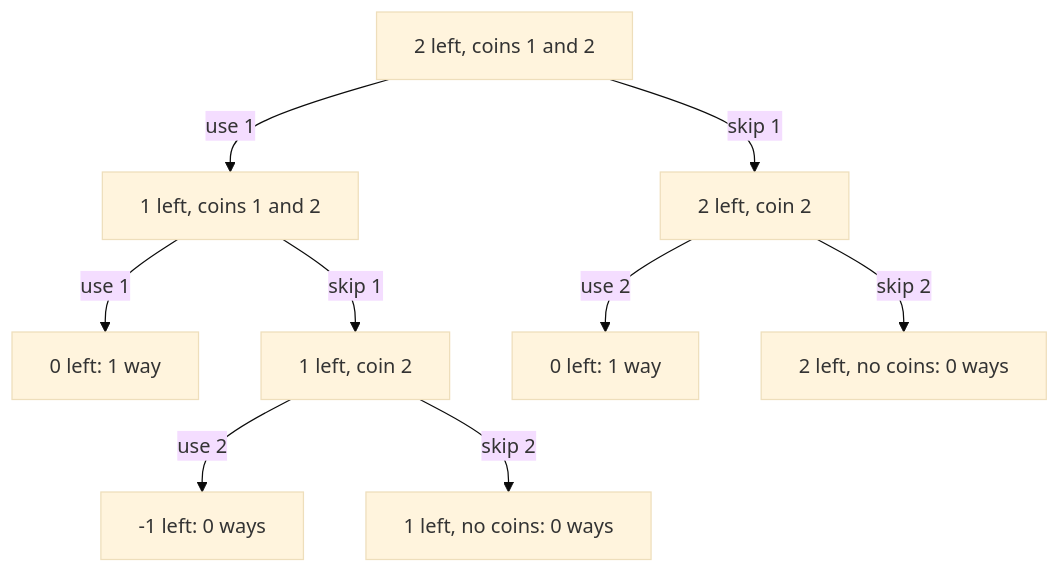
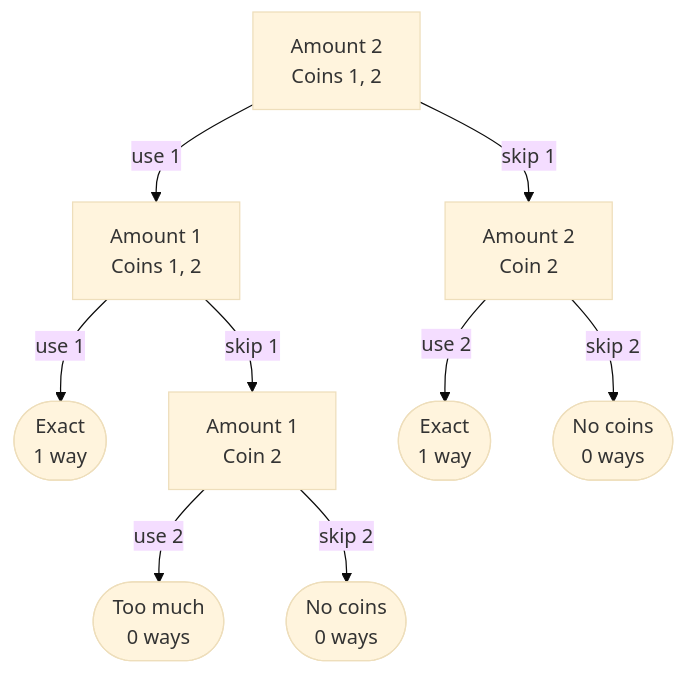
The diagram in recursions/coin_sum/coin_sum_hint.md (mAbduqayum/python-workbook), drawn with Mermaid (base theme) before and after one commit. The commit also changed other lines of this file and 2 other files, not shown here.

Commit message:
new: add flow hints to some questions
Source-commit: 1319a1403114ae5f5bee04ef4f727e00d0cea4d3

````diff
--- a/recursions/coin_sum/coin_sum_hint.md
+++ b/recursions/coin_sum/coin_sum_hint.md
@@ -12,11 +13,11 @@
 ```mermaid
 flowchart TD
-    A["2 left, coins 1 and 2"] -->|use 1| B["1 left, coins 1 and 2"]
-    A -->|skip 1| C["2 left, coin 2"]
-    B -->|use 1| D["0 left: 1 way"]
-    B -->|skip 1| E["1 left, coin 2"]
-    E -->|use 2| F["-1 left: 0 ways"]
-    E -->|skip 2| G["1 left, no coins: 0 ways"]
-    C -->|use 2| H["0 left: 1 way"]
-    C -->|skip 2| I["2 left, no coins: 0 ways"]
+    A["Amount 2<br/>Coins 1, 2"] -->|use 1| B["Amount 1<br/>Coins 1, 2"]
+    A -->|skip 1| C["Amount 2<br/>Coin 2"]
+    B -->|use 1| D(["Exact<br/>1 way"])
+    B -->|skip 1| E["Amount 1<br/>Coin 2"]
+    C -->|use 2| F(["Exact<br/>1 way"])
+    C -->|skip 2| G(["No coins<br/>0 ways"])
+    E -->|use 2| H(["Too much<br/>0 ways"])
+    E -->|skip 2| I(["No coins<br/>0 ways"])
 ```
````
